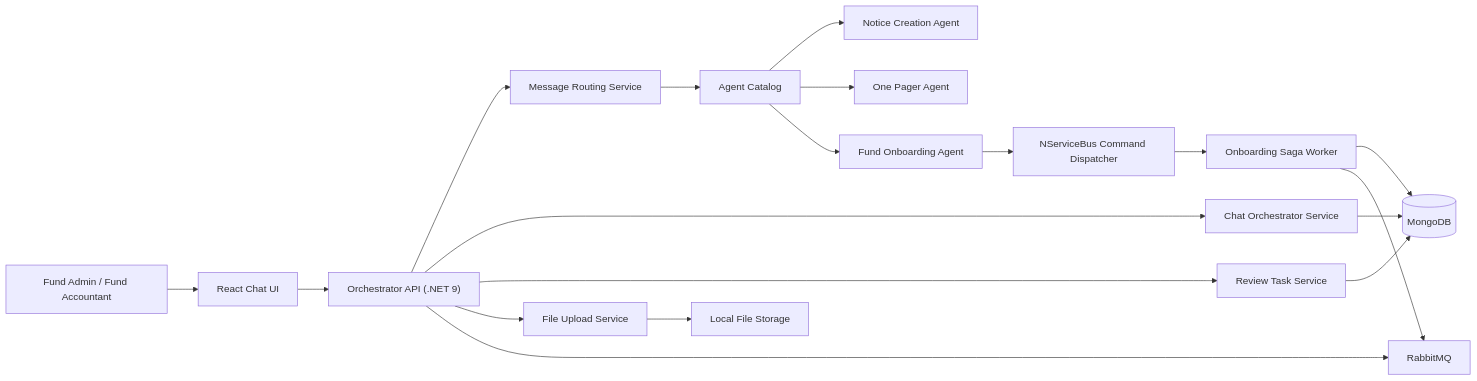
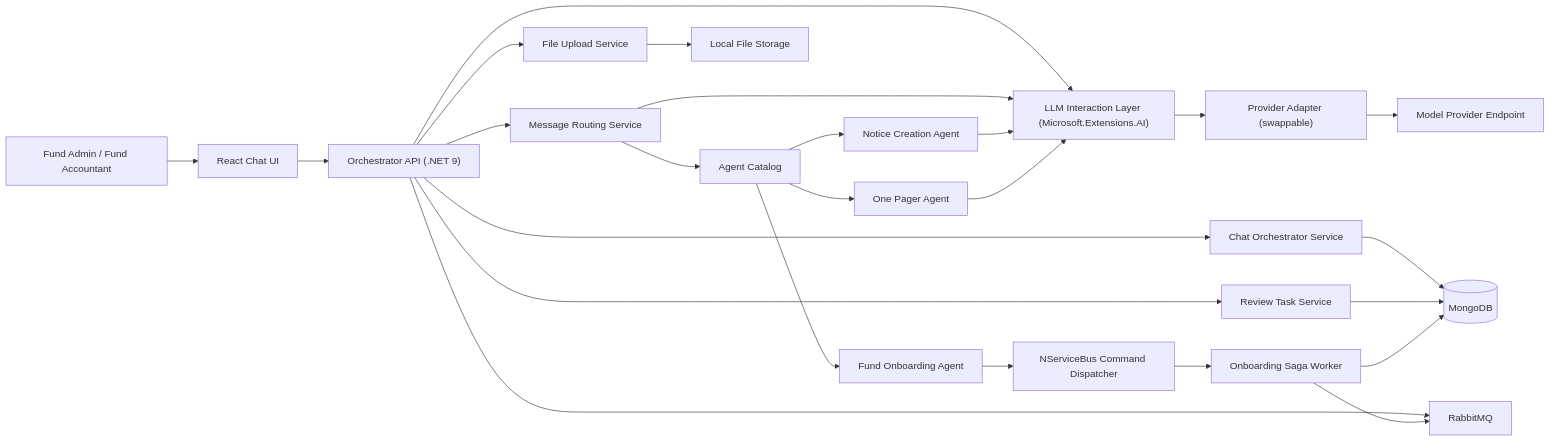
One commit to naveenpatilcbit/agentic-orchestrator changed the first of 15 diagrams in docs/system-design.md. Above: the diagram before and after it, drawn with Mermaid. The commit also changed other lines of this file and 16 other files, not shown here.

Commit message:
Add provider-neutral LLM gateway

````diff
--- a/docs/system-design.md
+++ b/docs/system-design.md
@@ -122,26 +124,32 @@
 ```mermaid
 flowchart LR
     U["Fund Admin / Fund Accountant"] --> UI["React Chat UI"]
     UI --> API["Orchestrator API (.NET 9)"]
 
     API --> ROUTER["Message Routing Service"]
     API --> CHAT["Chat Orchestrator Service"]
     API --> REV["Review Task Service"]
     API --> FILES["File Upload Service"]
+    API --> LLM["LLM Interaction Layer (Microsoft.Extensions.AI)"]
 
     ROUTER --> AGENTS["Agent Catalog"]
     AGENTS --> NOTICE["Notice Creation Agent"]
     AGENTS --> ONEPAGER["One Pager Agent"]
     AGENTS --> ONBOARD["Fund Onboarding Agent"]
+    ROUTER --> LLM
+    NOTICE --> LLM
+    ONEPAGER --> LLM
+    LLM --> PROVIDER["Provider Adapter (swappable)"]
+    PROVIDER --> MODEL["Model Provider Endpoint"]
 
     ONBOARD --> NSB["NServiceBus Command Dispatcher"]
     NSB --> SAGA["Onboarding Saga Worker"]
 
     CHAT --> MONGO[("MongoDB")]
     REV --> MONGO
     SAGA --> MONGO
     FILES --> DISK["Local File Storage"]
 
     API --> RABBIT["RabbitMQ"]
     SAGA --> RABBIT
 ```
````
